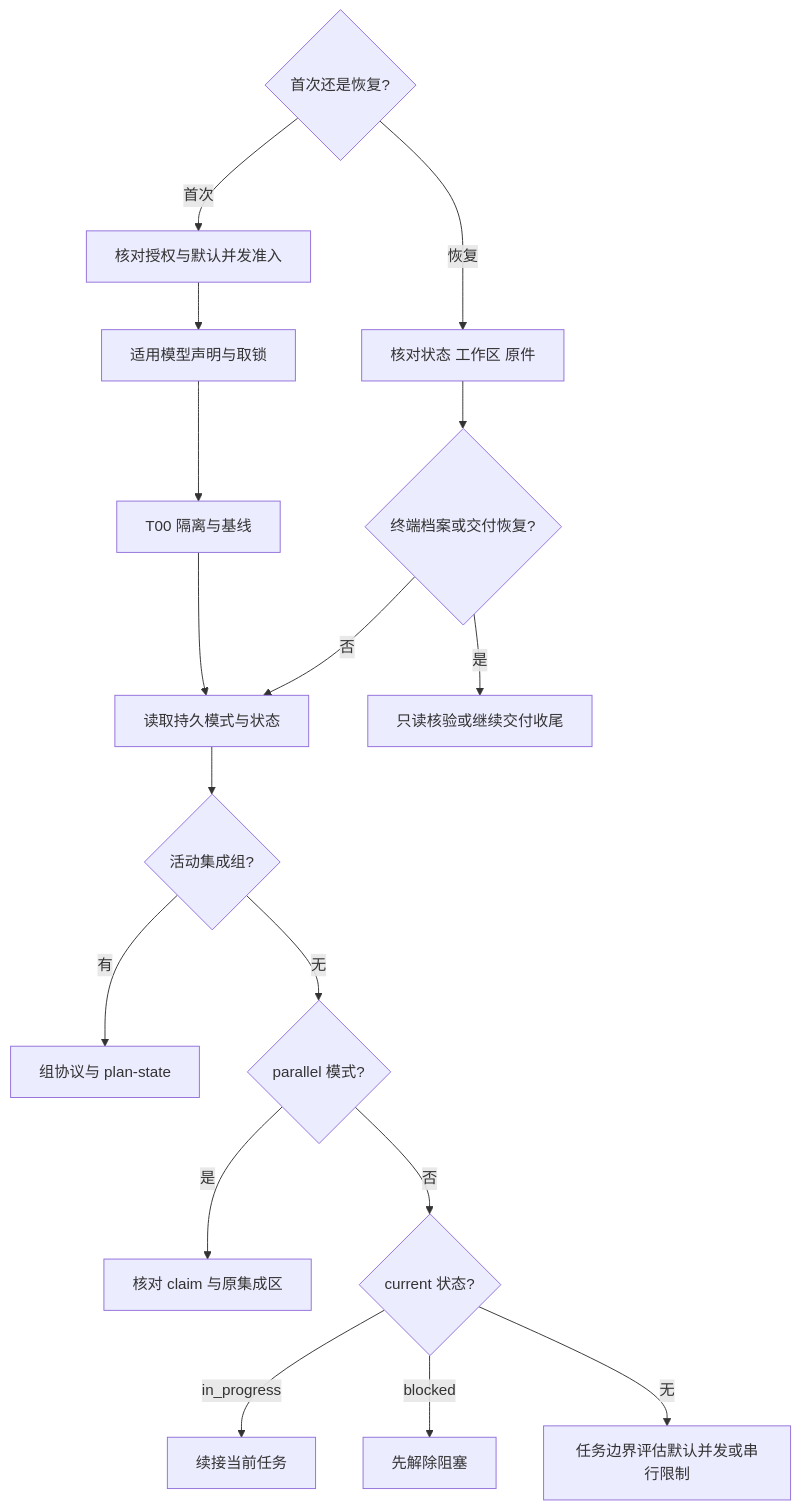
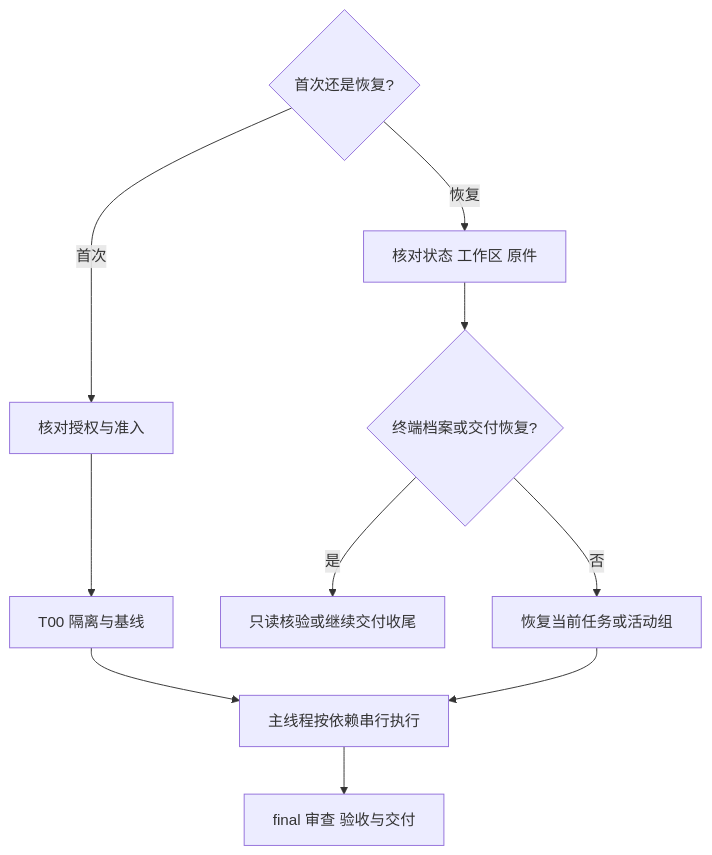
Before and after one commit to FlameMida/spec-dev: the diagram in skills/executing-plans/SKILL.md, drawn with Mermaid. The commit also changed other lines of this file and 82 other files, not shown here.

````diff
--- a/skills/executing-plans/SKILL.md
+++ b/skills/executing-plans/SKILL.md
@@ -36,19 +36,12 @@
 ```mermaid
 flowchart TD
-    E{"首次还是恢复?"} -->|首次| Select["核对授权与默认并发准入"]
+    E{"首次还是恢复?"} -->|首次| Auth["核对授权与准入"]
+    Auth --> T00["T00 隔离与基线"]
     E -->|恢复| Check["核对状态 工作区 原件"]
-    Select --> Init["适用模型声明与取锁"]
-    Init --> T00["T00 隔离与基线"]
-    T00 --> State["读取持久模式与状态"]
     Check --> End{"终端档案或交付恢复?"}
     End -->|是| Delivery["只读核验或继续交付收尾"]
-    End -->|否| State
-    State --> Group{"活动集成组?"}
-    Group -->|有| G["组协议与 plan-state"]
-    Group -->|无| Mode{"parallel 模式?"}
-    Mode -->|是| P["核对 claim 与原集成区"]
-    Mode -->|否| Current{"current 状态?"}
-    Current -->|in_progress| Resume["续接当前任务"]
-    Current -->|blocked| Block["先解除阻塞"]
-    Current -->|无| Ready["任务边界评估默认并发或串行限制"]
+    End -->|否| State["恢复当前任务或活动组"]
+    T00 --> Next["主线程按依赖串行执行"]
+    State --> Next
+    Next --> Finish["final 审查 验收与交付"]
 ```
````
